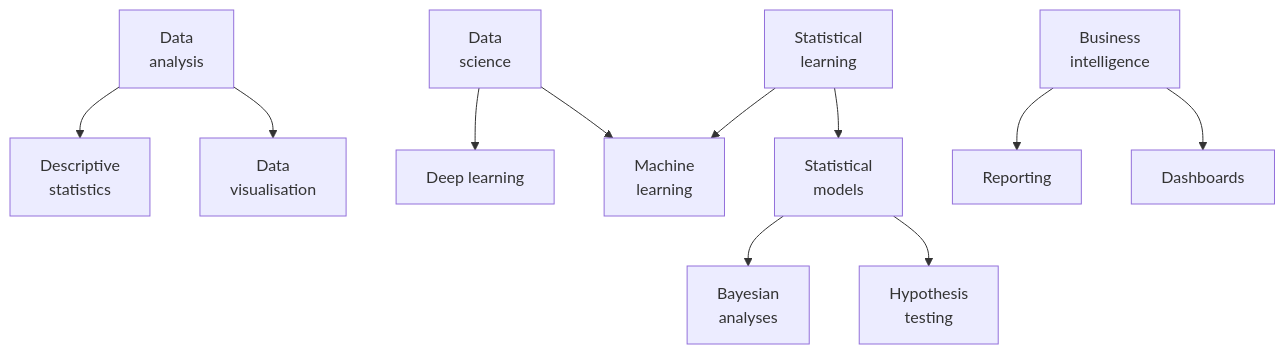
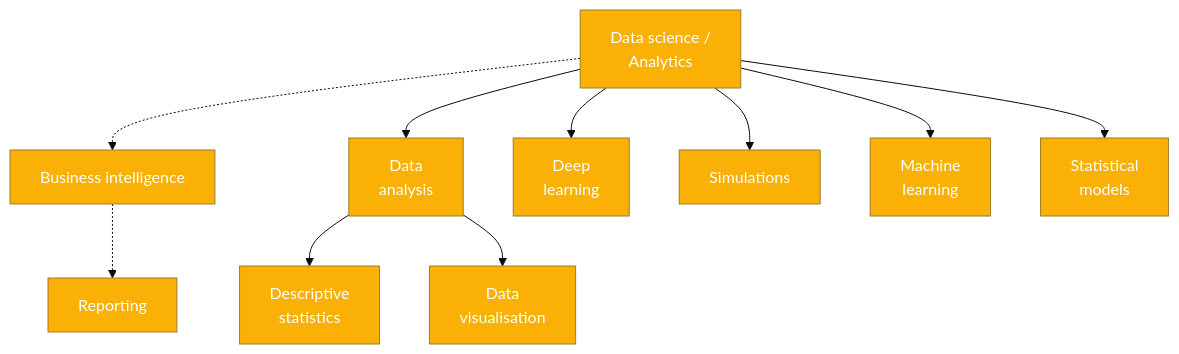
One commit to shriv/foss4g-2022 changed the first of 3 diagrams in presentation.qmd. Above: the diagram before and after it, drawn with Mermaid. The commit also changed other lines of this file and 8 other files, not shown here.

````diff
--- a/presentation.qmd
+++ b/presentation.qmd
@@ -26,13 +28,14 @@
 ```{mermaid}
+%%{init: {'theme': 'base', 'themeVariables': { 'primaryColor': '#fab005', 'primaryTextColor': '#ffffff'}}}%%
+
 flowchart TB
+  ds -.-> bi[Business intelligence]
+  bi -.-> rep[Reporting]
   da[Data <br> analysis] --> des[Descriptive <br> statistics]
   da --> viz[Data <br> visualisation]
-  ds --> dl[Deep learning]
-  ds[Data <br> science] --> ml[Machine <br> learning]
-  sl[Statistical <br> learning] --> sm[Statistical <br> models]
-  sm --> ba[Bayesian <br> analyses]
-  sm --> ht[Hypothesis <br> testing]
-  sl --> ml
-  bi[Business <br> intelligence] --> re[Reporting]
-  bi --> db[Dashboards]
+  ds --> dl[Deep <br> learning]
+  ds --> da
+  ds --> sim[Simulations]
+  ds[Data science / <br> Analytics] --> ml[Machine <br> learning]
+  ds--> sm[Statistical <br> models]
 ```
````
